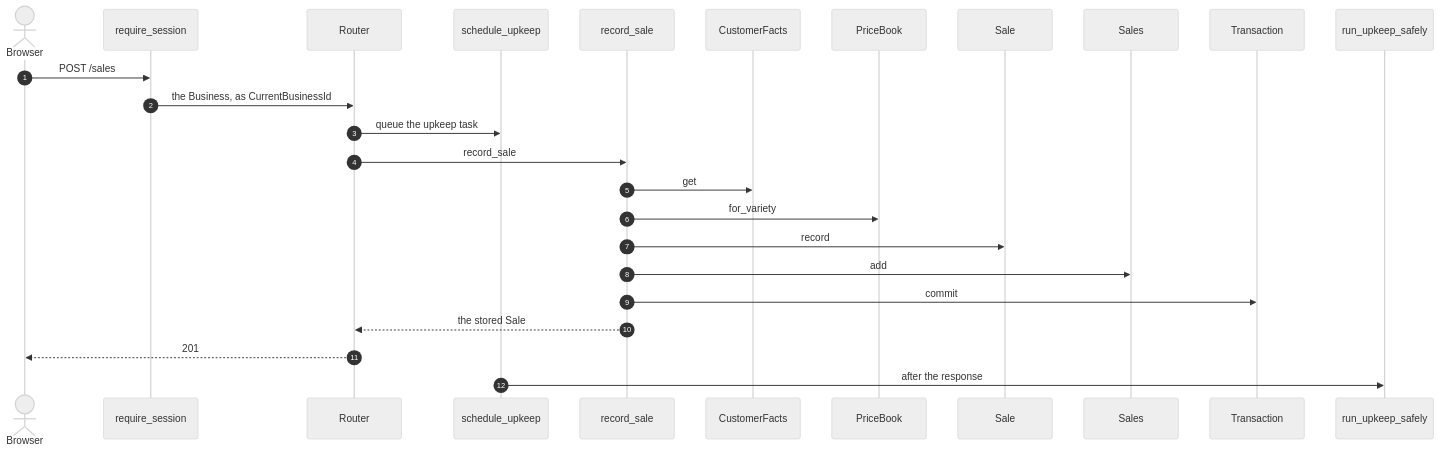
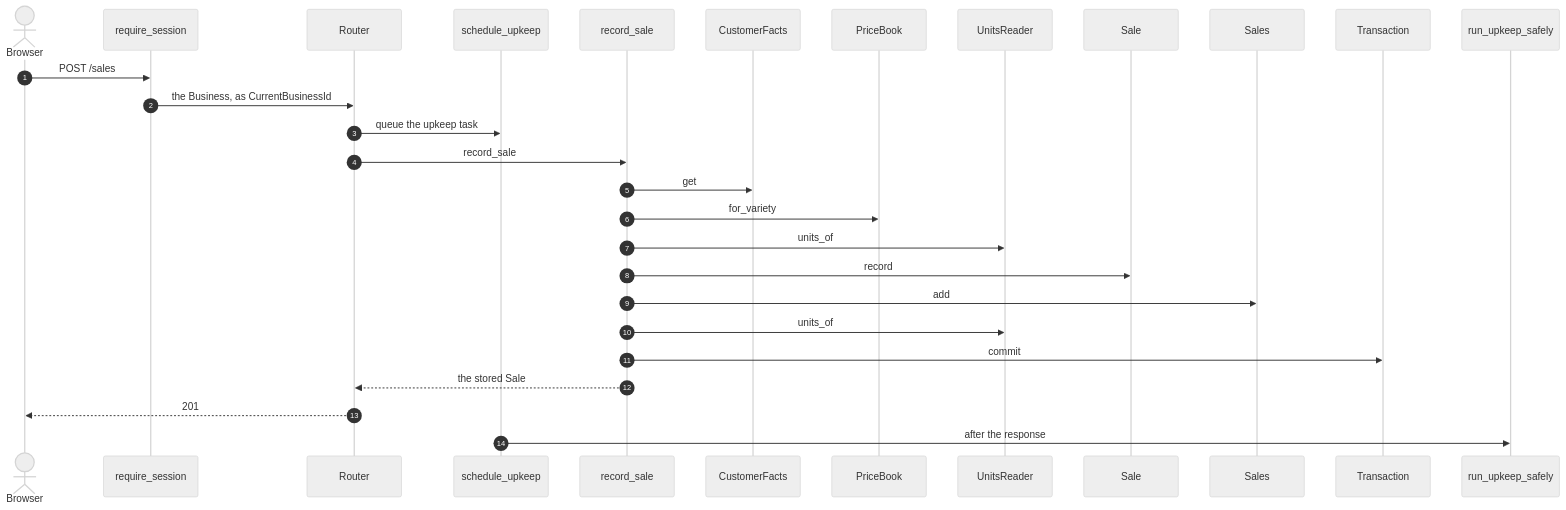
One commit to GonzaloZevallos/apostrophe changed the second of 4 diagrams in docs/architecture/flujos-clave.md. Above: the diagram before and after it, drawn with Mermaid (neutral theme). The commit also changed other lines of this file and 1 other file, not shown here.

Commit message:
Draw the unit reads and the rollback in the sale flow and test the price entry's read after the write

````diff
--- a/docs/architecture/flujos-clave.md
+++ b/docs/architecture/flujos-clave.md
@@ -74,27 +74,30 @@
 ```mermaid
 sequenceDiagram
   autonumber
   actor Browser
   participant Gate as require_session
   participant Router
   participant Trigger as schedule_upkeep
   participant UseCase as record_sale
   participant Customers as CustomerFacts
   participant Book as PriceBook
+  participant Units as UnitsReader
   participant Domain as Sale
   participant Store as Sales
   participant Tx as Transaction
   participant Upkeep as run_upkeep_safely
   Browser->>Gate: POST /sales
   Gate->>Router: the Business, as CurrentBusinessId
   Router->>Trigger: queue the upkeep task
   Router->>UseCase: record_sale
   UseCase->>Customers: get
   UseCase->>Book: for_variety
+  UseCase->>Units: units_of
   UseCase->>Domain: record
   UseCase->>Store: add
+  UseCase->>Units: units_of
   UseCase->>Tx: commit
   UseCase-->>Router: the stored Sale
   Router-->>Browser: 201
   Trigger->>Upkeep: after the response
 ```
````
